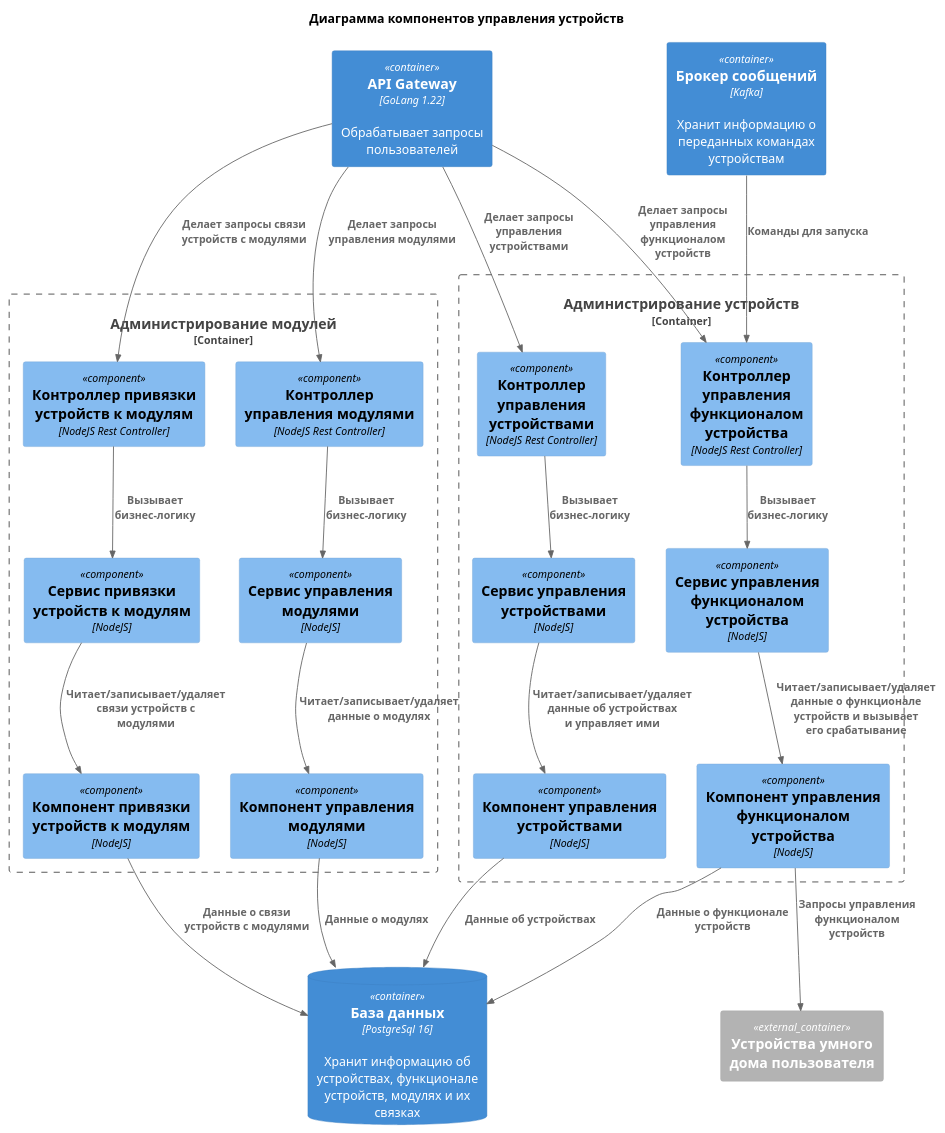
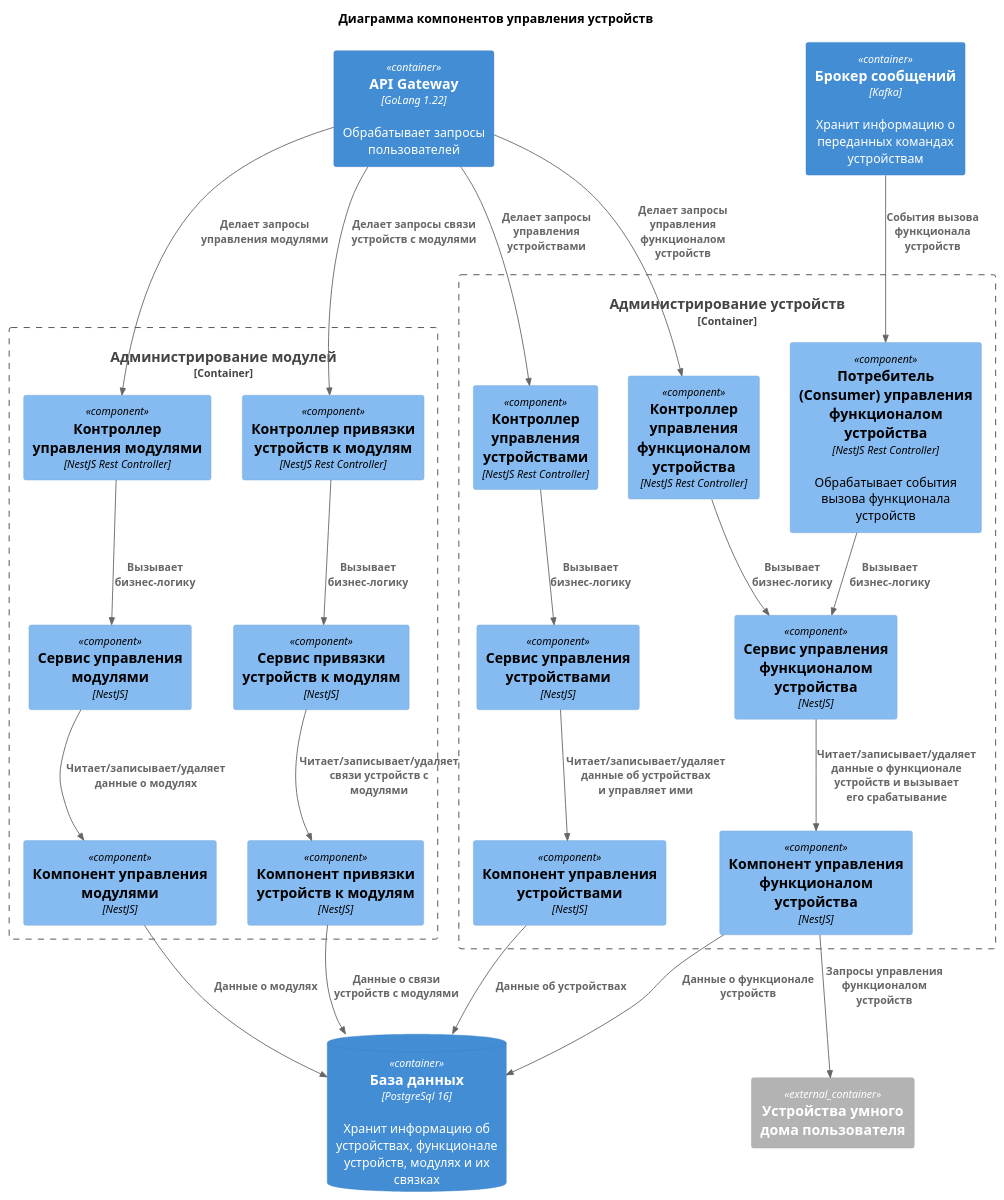
One commit to xSparKIx/architecture-pro-warmhouse changed the diagram in diagrams/components/Devices.puml. Above: the diagram before and after it, drawn with PlantUML. The commit also changed 31 other files, not shown here.

```diff
--- a/diagrams/components/Devices.puml
+++ b/diagrams/components/Devices.puml
@@ -1,67 +1,66 @@
 @startuml Devices component diagram
 title Диаграмма компонентов управления устройств
 
 !include ../templates/C4_Component.puml
 
 ' Внешние сущности
 Container(APIGateway, "API Gateway", "GoLang 1.22", "Обрабатывает запросы пользователей")
 ContainerDb(db, "База данных", "PostgreSql 16", "Хранит информацию об устройствах, функционале устройств, модулях и их связках")
 Container(broker, "Брокер сообщений", "Kafka", "Хранит информацию о переданных командах устройствам")
 Container_Ext(UserDevicesSystem, "Устройства умного дома пользователя")
 
-' @todo Возможно добавить сюда сервис состояния устройств, который их будет опрашивать, но вообще тут есть похожий
-' и у нас есть сервис телеметрии еще
-
 ' Контейнер администрирования устройств
 Container_Boundary(DevicesContainer, "Администрирование устройств") {
     ' Управление устройствами
-    Component(DevicesController, "Контроллер управления устройствами", "NodeJS Rest Controller")
-    Component(DevicesService, "Сервис управления устройствами", "NodeJS")
-    Component(DevicesComponent, "Компонент управления устройствами", "NodeJS")
+    Component(DevicesController, "Контроллер управления устройствами", "NestJS Rest Controller")
+    Component(DevicesService, "Сервис управления устройствами", "NestJS")
+    Component(DevicesComponent, "Компонент управления устройствами", "NestJS")
 
     ' Администрирование устройств
-    Component(FunctionalController, "Контроллер управления функционалом устройства", "NodeJS Rest Controller")
-    Component(FunctionalService,  "Сервис управления функционалом устройства", "NodeJS")
-    Component(FunctionalComponent,  "Компонент управления функционалом устройства", "NodeJS")
+    Component(FunctionalController, "Контроллер управления функционалом устройства", "NestJS Rest Controller")
+    Component(FunctionalConsumer, "Потребитель (Consumer) управления функционалом устройства", "NestJS Rest Controller", "Обрабатывает события вызова функционала устройств")
+    Component(FunctionalService,  "Сервис управления функционалом устройства", "NestJS")
+    Component(FunctionalComponent,  "Компонент управления функционалом устройства", "NestJS")
 }
 
 ' Контейнер администрирования модулей
 Container_Boundary(ModulesContainer, "Администрирование модулей") {
     ' Управление устройствами
-    Component(ModulesController, "Контроллер управления модулями", "NodeJS Rest Controller")
-    Component(ModulesService, "Сервис управления модулями", "NodeJS")
-    Component(ModulesComponent, "Компонент управления модулями", "NodeJS")
+    Component(ModulesController, "Контроллер управления модулями", "NestJS Rest Controller")
+    Component(ModulesService, "Сервис управления модулями", "NestJS")
+    Component(ModulesComponent, "Компонент управления модулями", "NestJS")
 
     ' Привязка устройств к модулям
-    Component(ModulesConnectController, "Контроллер привязки устройств к модулям", "NodeJS Rest Controller")
-    Component(ModulesConnectService, "Сервис привязки устройств к модулям", "NodeJS")
-    Component(ModulesConnectComponent, "Компонент привязки устройств к модулям", "NodeJS")
+    Component(ModulesConnectController, "Контроллер привязки устройств к модулям", "NestJS Rest Controller")
+    Component(ModulesConnectService, "Сервис привязки устройств к модулям", "NestJS")
+    Component(ModulesConnectComponent, "Компонент привязки устройств к модулям", "NestJS")
 }
 
 ' Связи контейнера администрирования устройств
 Rel(APIGateway, DevicesController, "Делает запросы управления устройствами")
 Rel(DevicesController, DevicesService, "Вызывает бизнес-логику")
 Rel(DevicesService, DevicesComponent, "Читает/записывает/удаляет данные об устройствах и управляет ими")
 Rel(DevicesComponent, db, "Данные об устройствах")
 
 Rel(APIGateway, FunctionalController, "Делает запросы управления функционалом устройств")
 Rel(FunctionalController, FunctionalService, "Вызывает бизнес-логику")
+Rel(FunctionalConsumer, FunctionalService, "Вызывает бизнес-логику")
 Rel(FunctionalService, FunctionalComponent, "Читает/записывает/удаляет данные о функционале устройств и вызывает его срабатывание")
 Rel(FunctionalComponent, UserDevicesSystem, "Запросы управления функционалом устройств")
 Rel(FunctionalComponent, db, "Данные о функционале устройств")
 
 ' Связи контейнера администрирования модулей
 Rel(APIGateway, ModulesController, "Делает запросы управления модулями")
 Rel(ModulesController, ModulesService, "Вызывает бизнес-логику")
 Rel(ModulesService, ModulesComponent, "Читает/записывает/удаляет данные о модулях")
 Rel(ModulesComponent, db, "Данные о модулях")
 
 Rel(APIGateway, ModulesConnectController, "Делает запросы связи устройств с модулями")
 Rel(ModulesConnectController, ModulesConnectService, "Вызывает бизнес-логику")
 Rel(ModulesConnectService, ModulesConnectComponent, "Читает/записывает/удаляет связи устройств с модулями")
 Rel(ModulesConnectComponent, db, "Данные о связи устройств с модулями")
 
 ' Связи брокера
-Rel(broker, FunctionalController, "Команды для запуска")
+Rel(broker, FunctionalConsumer, "События вызова функционала устройств")
 
 @endmul
```
